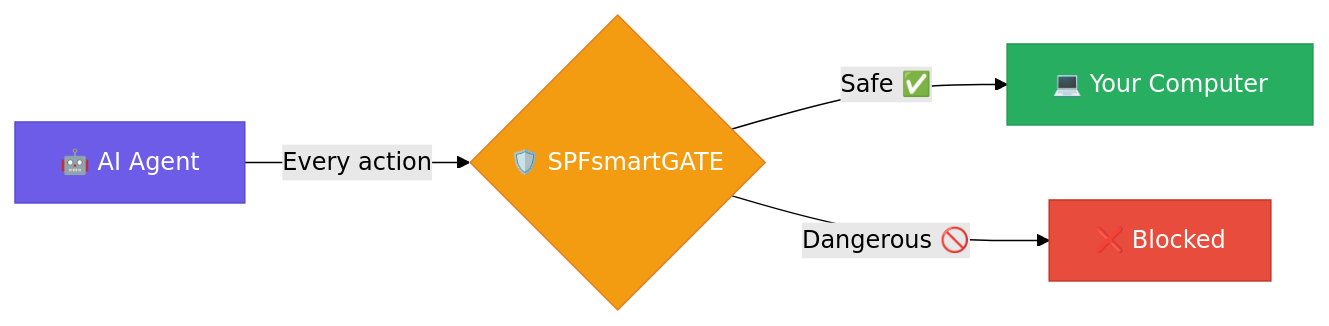
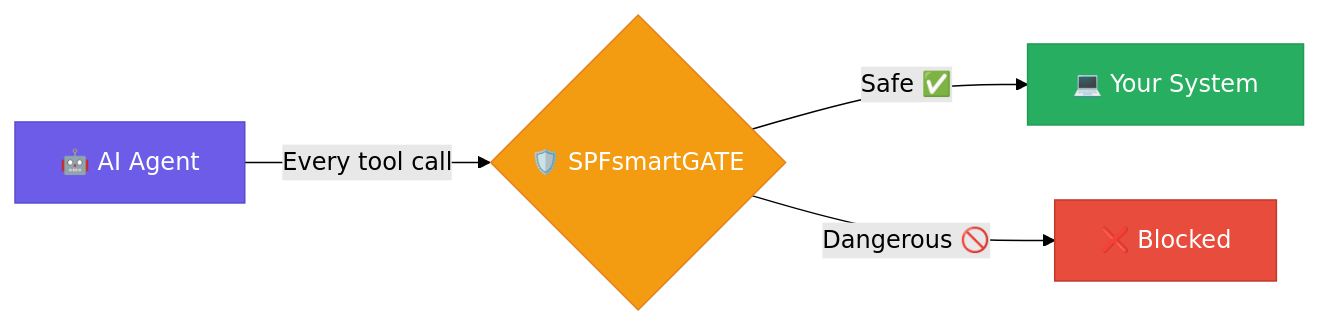
The second of 4 diagrams in README.md (mvalancy/SPFsmartGATE), drawn with Mermaid (forest theme) before and after one commit. The commit also changed other lines of this file, not shown here.

````diff
--- a/README.md
+++ b/README.md
@@ -30,11 +77,11 @@
 ```mermaid
 graph LR
-    A["🤖 AI Agent"] -->|Every action| B{"🛡️ SPFsmartGATE"}
-    B -->|"Safe ✅"| C["💻 Your Computer"]
+    A["🤖 AI Agent"] -->|Every tool call| B{"🛡️ SPFsmartGATE"}
+    B -->|"Safe ✅"| C["💻 Your System"]
     B -->|"Dangerous 🚫"| D["❌ Blocked"]
 
     style A fill:#6C5CE7,stroke:#5A4BD1,color:#fff
     style B fill:#F39C12,stroke:#E67E22,color:#fff
     style C fill:#27AE60,stroke:#219A52,color:#fff
     style D fill:#E74C3C,stroke:#C0392B,color:#fff
 ```
````
